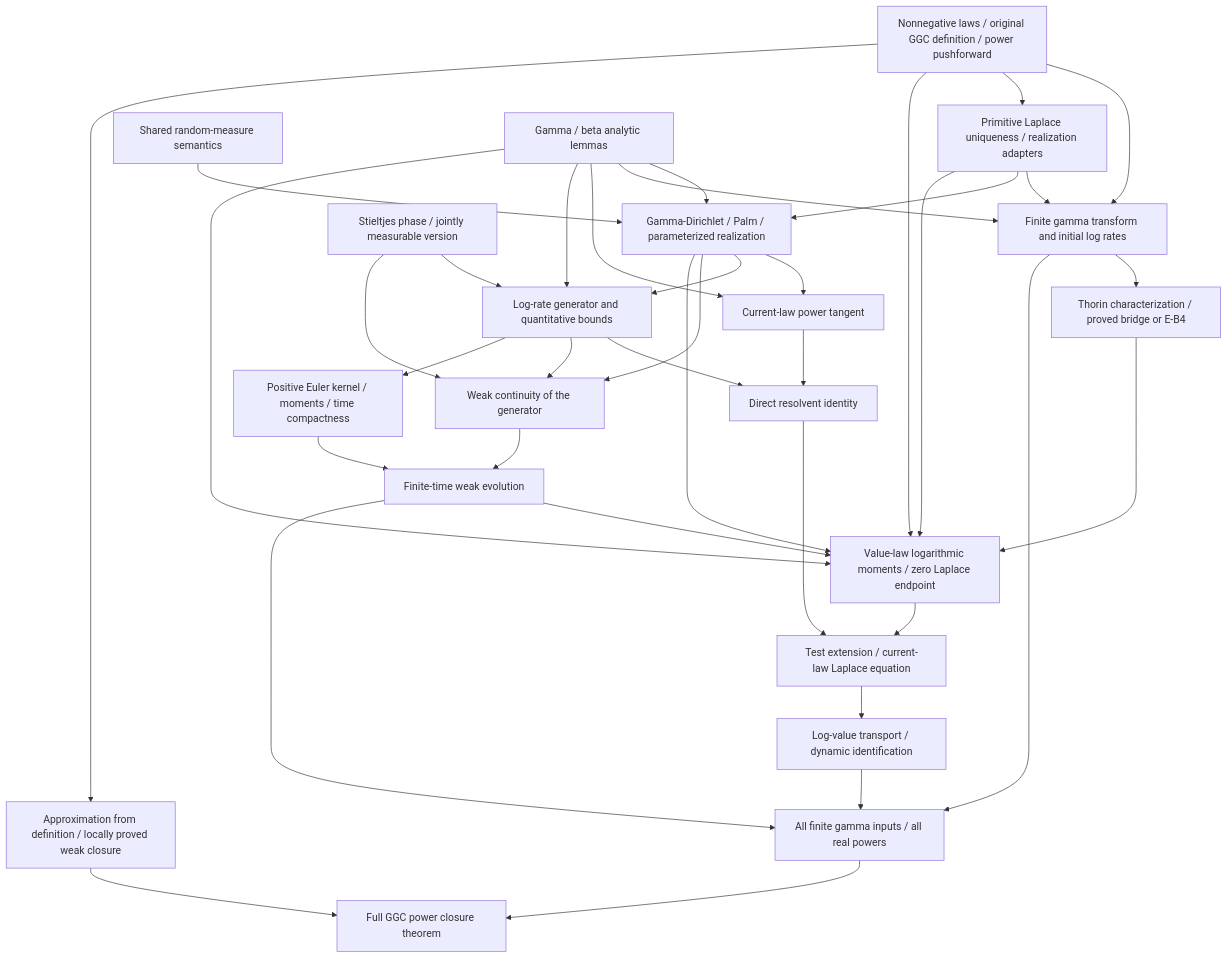
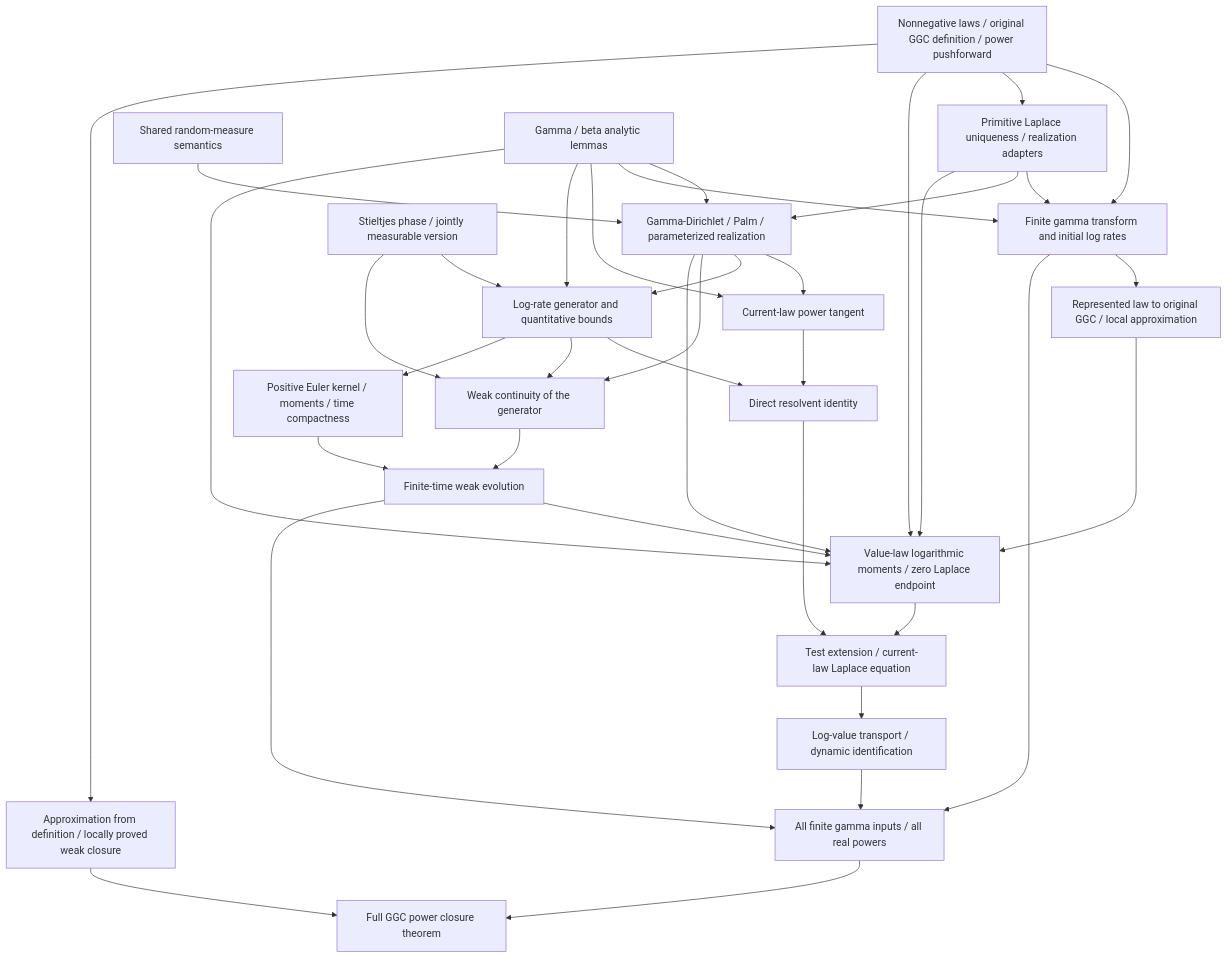
One commit to vtejdn/generalized-gamma-convolution-power-problem changed the diagram in formalization/Blueprint.md. Above: the diagram before and after it, drawn with Mermaid. The commit also changed other lines of this file and 28 other files, not shown here.

First line of the commit message:
Prove Thorin realization and finite-atomic approximation locally

````diff
--- a/formalization/Blueprint.md
+++ b/formalization/Blueprint.md
@@ -135,39 +166,39 @@
 ```mermaid
 flowchart TD
   A[Nonnegative laws / original GGC definition / power pushforward] --> B[Finite gamma transform and initial log rates]
   A --> L[Primitive Laplace uniqueness / realization adapters]
   L --> B
-  B --> H[Thorin characterization / proved bridge or E-B4]
+  B --> H[Represented law to original GGC / local approximation]
   S[Shared random-measure semantics] --> D[Gamma-Dirichlet / Palm / parameterized realization]
   Q[Gamma / beta analytic lemmas] --> D
   Q --> B
   L --> D
   D --> T[Current-law power tangent]
   Q --> T
   P[Stieltjes phase / jointly measurable version] --> G[Log-rate generator and quantitative bounds]
   D --> G
   Q --> G
   T --> R[Direct resolvent identity]
   G --> R
   P --> C[Weak continuity of the generator]
   D --> C
   G --> C
   G --> E[Positive Euler kernel / moments / time compactness]
   C --> V[Finite-time weak evolution]
   E --> V
   A --> M[Value-law logarithmic moments / zero Laplace endpoint]
   D --> M
   L --> M
   Q --> M
   H --> M
   V --> M
   R --> I[Test extension / current-law Laplace equation]
   M --> I
   I --> J[Log-value transport / dynamic identification]
   B --> F[All finite gamma inputs / all real powers]
   V --> F
   J --> F
   A --> W[Approximation from definition / locally proved weak closure]
   F --> Z[Full GGC power closure theorem]
   W --> Z
 ```
````
